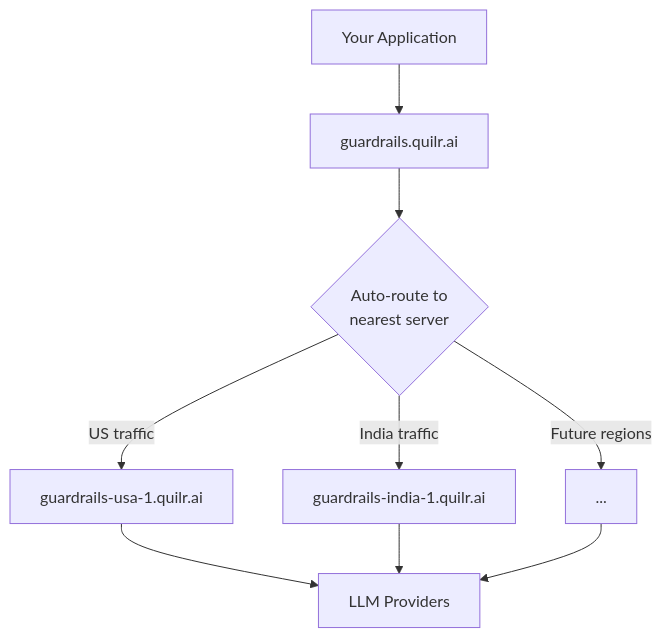
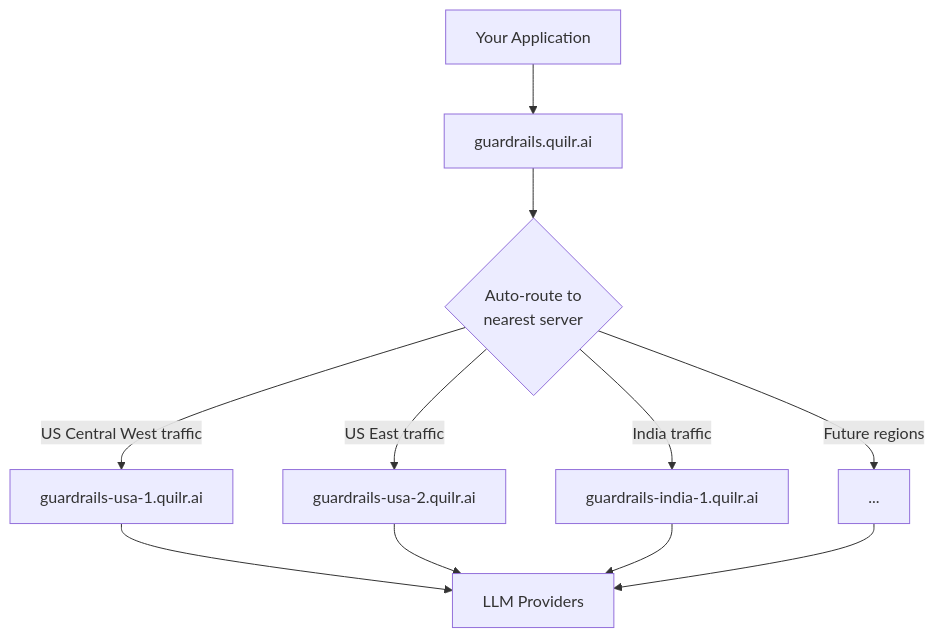
One commit to quilrai/docs changed the diagram in docs/llm-gateway/ha-and-sla.md. Above: the diagram before and after it, drawn with Mermaid. The commit also changed other lines of this file and 10 other files, not shown here.

Commit message:
add guardrails-usa-2

````diff
--- a/docs/llm-gateway/ha-and-sla.md
+++ b/docs/llm-gateway/ha-and-sla.md
@@ -31,11 +34,13 @@
 ```mermaid
 flowchart TD
     A["Your Application"] --> B["guardrails.quilr.ai"]
     B --> C{"Auto-route to<br/>nearest server"}
-    C -->|"US traffic"| D["guardrails-usa-1.quilr.ai"]
-    C -->|"India traffic"| E["guardrails-india-1.quilr.ai"]
-    C -->|"Future regions"| F["..."]
+    C -->|"US Central West traffic"| D["guardrails-usa-1.quilr.ai"]
+    C -->|"US East traffic"| E["guardrails-usa-2.quilr.ai"]
+    C -->|"India traffic"| F["guardrails-india-1.quilr.ai"]
+    C -->|"Future regions"| H["..."]
     D --> G["LLM Providers"]
     E --> G
     F --> G
+    H --> G
 ```
````
